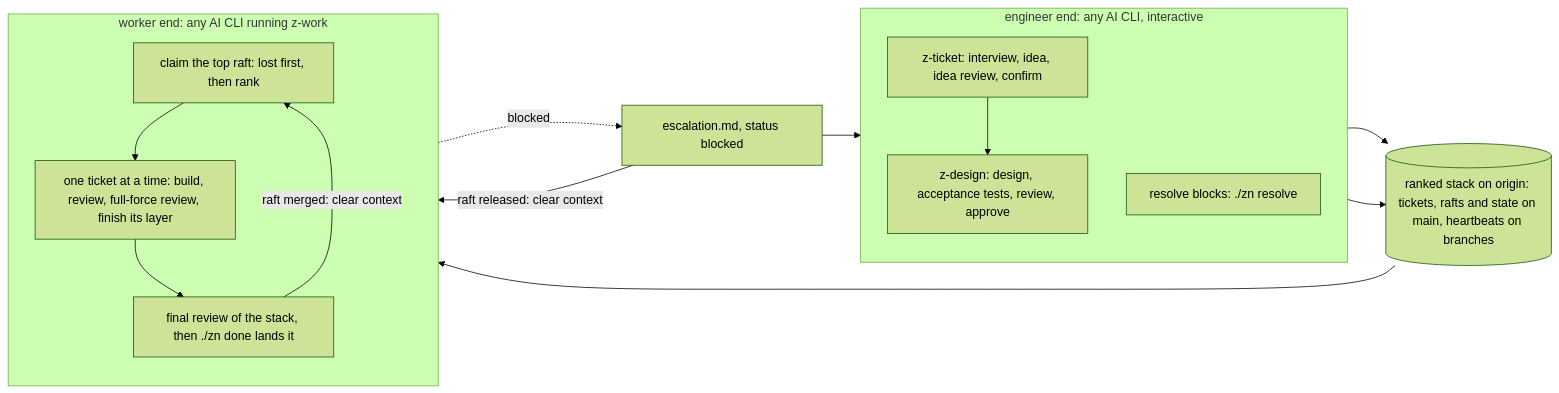
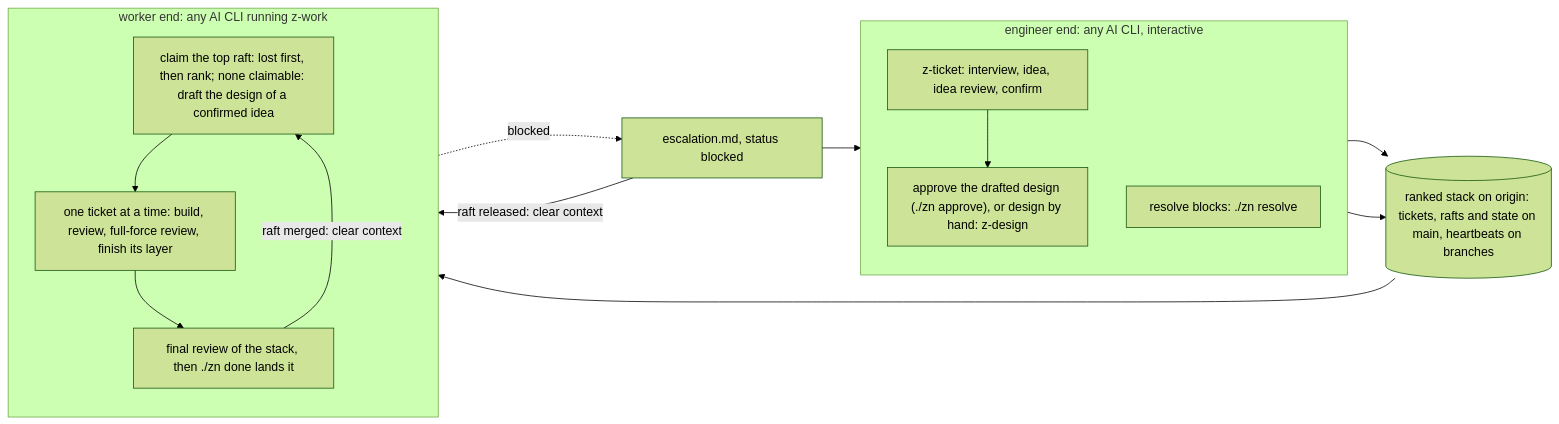
Before and after one commit to philipbergen/z-nile: the second of 3 diagrams in z-nile/README.md, drawn with Mermaid (forest theme). The commit also changed other lines of this file and 28 other files, not shown here.

````diff
--- a/z-nile/README.md
+++ b/z-nile/README.md
@@ -36,26 +36,26 @@
 ```mermaid
 flowchart LR
   subgraph eng["engineer end: any AI CLI, interactive"]
     direction TB
     cap["z-ticket: interview, idea, idea review, confirm"]
-    des["z-design: design, acceptance tests, review, approve"]
+    des["approve the drafted design (./zn approve), or design by hand: z-design"]
     res["resolve blocks: ./zn resolve"]
     cap --> des
   end
   stack[("ranked stack on origin: tickets, rafts and state on main, heartbeats on branches")]
   subgraph wrk["worker end: any AI CLI running z-work"]
     direction TB
-    loop["claim the top raft: lost first, then rank"]
+    loop["claim the top raft: lost first, then rank; none claimable: draft the design of a confirmed idea"]
     layer["one ticket at a time: build, review, full-force review, finish its layer"]
     final["final review of the stack, then ./zn done lands it"]
     loop --> layer
     layer --> final
   end
   eng --> stack
   stack --> loop
   final -->|"raft merged: clear context"| loop
   layer -. blocked .-> esc["escalation.md, status blocked"]
   esc -->|"raft released: clear context"| loop
   esc --> res
   res --> stack
 ```
````
